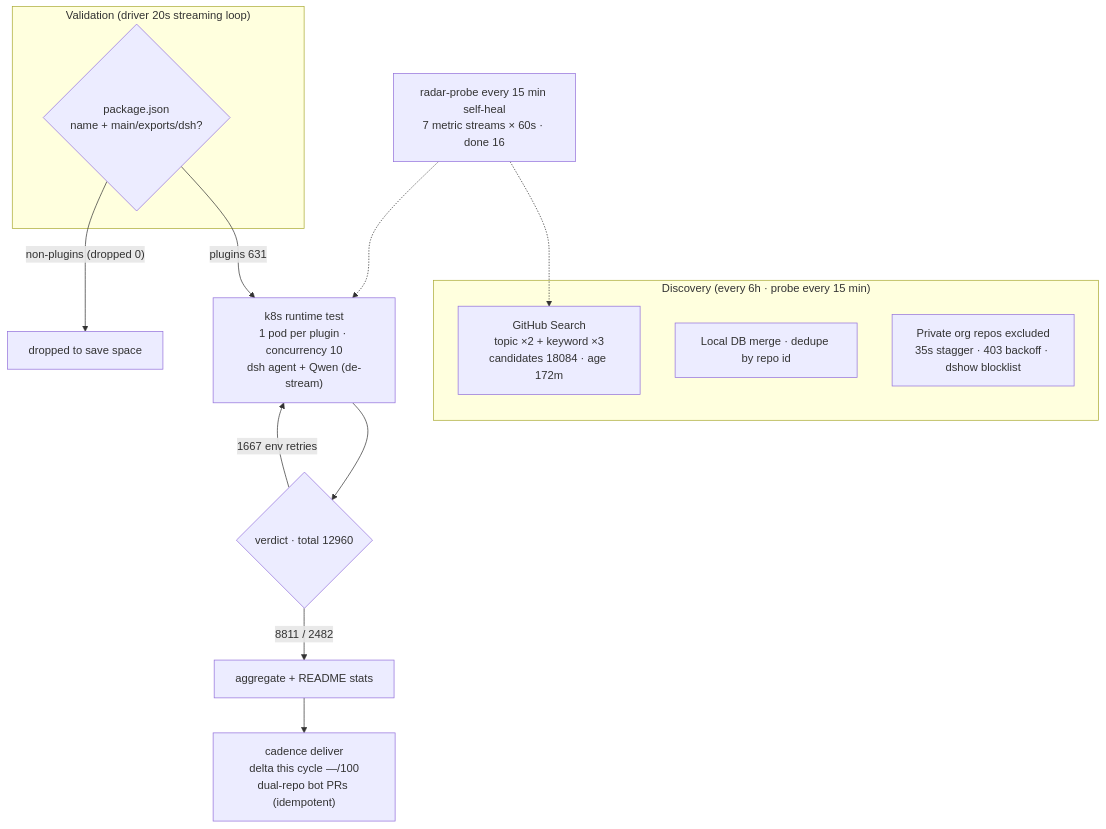
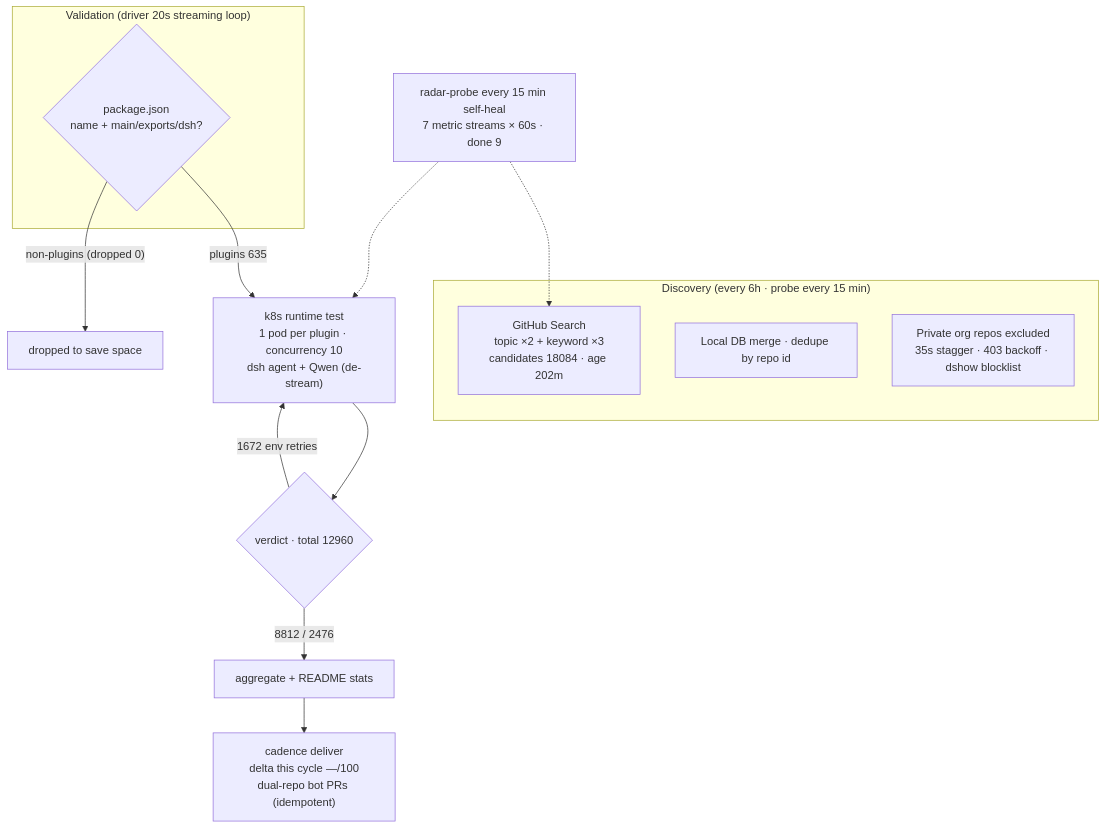
The diagram in README.en-US.md (AdamPlatin123/awesome-dsh-plugins), drawn with Mermaid before and after one commit. The commit also changed other lines of this file and 5 other files, not shown here.

````diff
--- a/README.en-US.md
+++ b/README.en-US.md
@@ -45,20 +45,20 @@
 ```mermaid
 flowchart TB
     subgraph Discovery["Discovery (every 6h · probe every 15 min)"]
-        A1["GitHub Search<br/>topic ×2 + keyword ×3<br/>candidates 18084 · age 172m"]
+        A1["GitHub Search<br/>topic ×2 + keyword ×3<br/>candidates 18084 · age 202m"]
         A2["Local DB merge · dedupe by repo id"]
         A3["Private org repos excluded<br/>35s stagger · 403 backoff · dshow blocklist"]
     end
     subgraph Validation["Validation (driver 20s streaming loop)"]
         B1{"package.json<br/>name + main/exports/dsh?"}
     end
-    B1 -->|"plugins 631"| C1["k8s runtime test<br/>1 pod per plugin · concurrency 10<br/>dsh agent + Qwen (de-stream)"]
+    B1 -->|"plugins 635"| C1["k8s runtime test<br/>1 pod per plugin · concurrency 10<br/>dsh agent + Qwen (de-stream)"]
     B1 -->|"non-plugins (dropped 0)"| B3["dropped to save space"]
     C1 --> D1{"verdict · total 12960"}
-    D1 -->|"8811 / 2482"| E1["aggregate + README stats"]
-    D1 -->|"1667 env retries"| C1
+    D1 -->|"8812 / 2476"| E1["aggregate + README stats"]
+    D1 -->|"1672 env retries"| C1
     E1 --> E2["cadence deliver<br/>delta this cycle —/100<br/>dual-repo bot PRs (idempotent)"]
-    M["radar-probe every 15 min self-heal<br/>7 metric streams × 60s · done 16"]
+    M["radar-probe every 15 min self-heal<br/>7 metric streams × 60s · done 9"]
     M -.-> A1
     M -.-> C1
 ```
````
